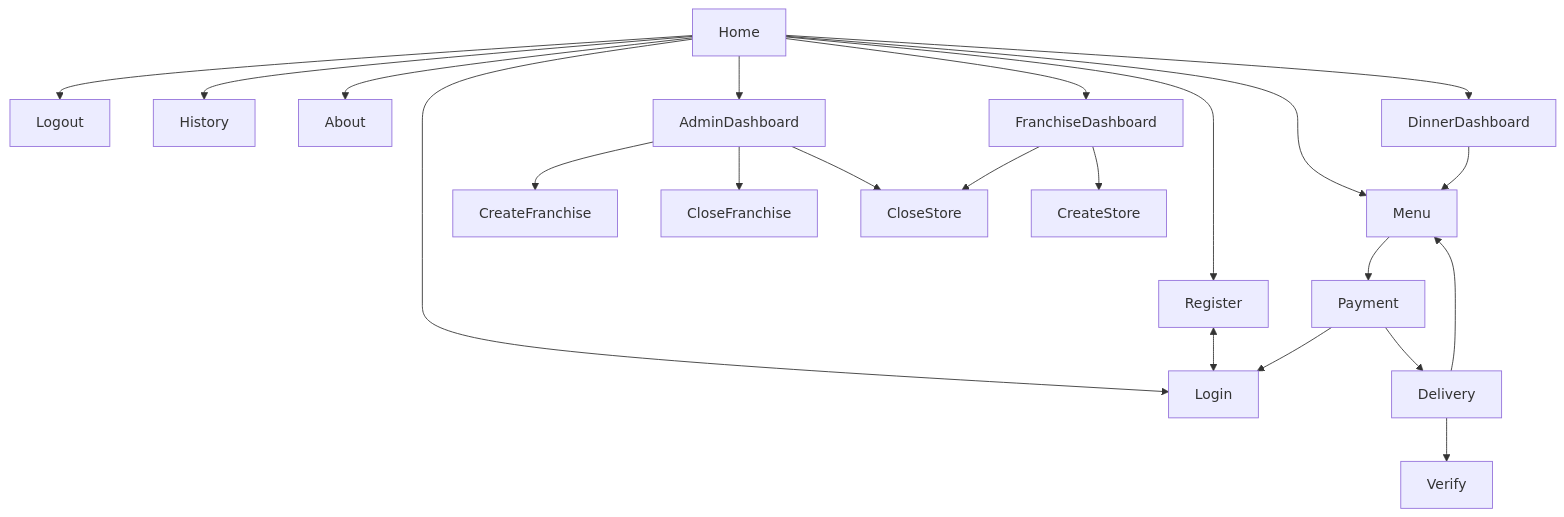
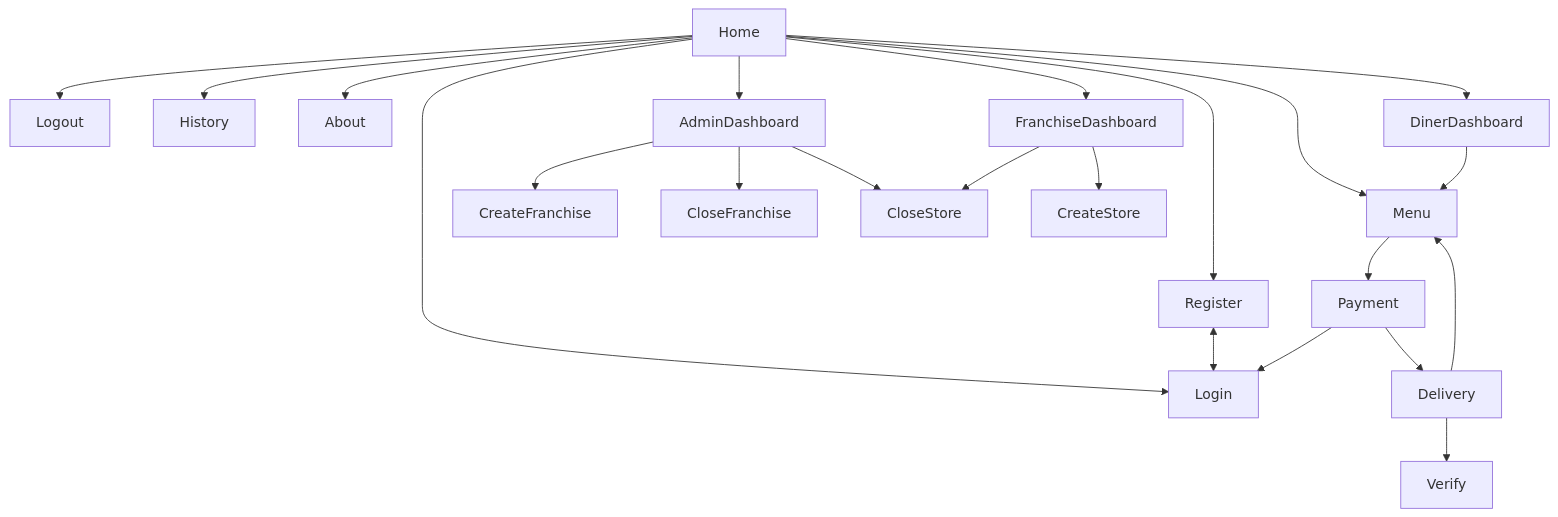
One commit to devops329/devops changed the second of 2 diagrams in instruction/jwtPizza/jwtPizza.md. Above: the diagram before and after it, drawn with Mermaid. The commit also changed other lines of this file and 1 other file, not shown here.

````diff
--- a/instruction/jwtPizza/jwtPizza.md
+++ b/instruction/jwtPizza/jwtPizza.md
@@ -39,24 +37,24 @@
 ```mermaid
 graph TB;
     Home-->Login
     Home-->Logout
     Home-->Register
     Home-->History
     Home-->About
     Home-->Menu
     Home-->AdminDashboard
     Home-->FranchiseDashboard
     Register<-->Login
     AdminDashboard-->CreateFranchise
     AdminDashboard-->CloseFranchise
     AdminDashboard-->CloseStore
     FranchiseDashboard-->CreateStore
     FranchiseDashboard-->CloseStore
-    Home-->DinnerDashboard
-    DinnerDashboard-->Menu
+    Home-->DinerDashboard
+    DinerDashboard-->Menu
     Menu-->Payment
     Payment-->Login
     Payment-->Delivery
     Delivery-->Verify
     Delivery-->Menu
 ```
````
